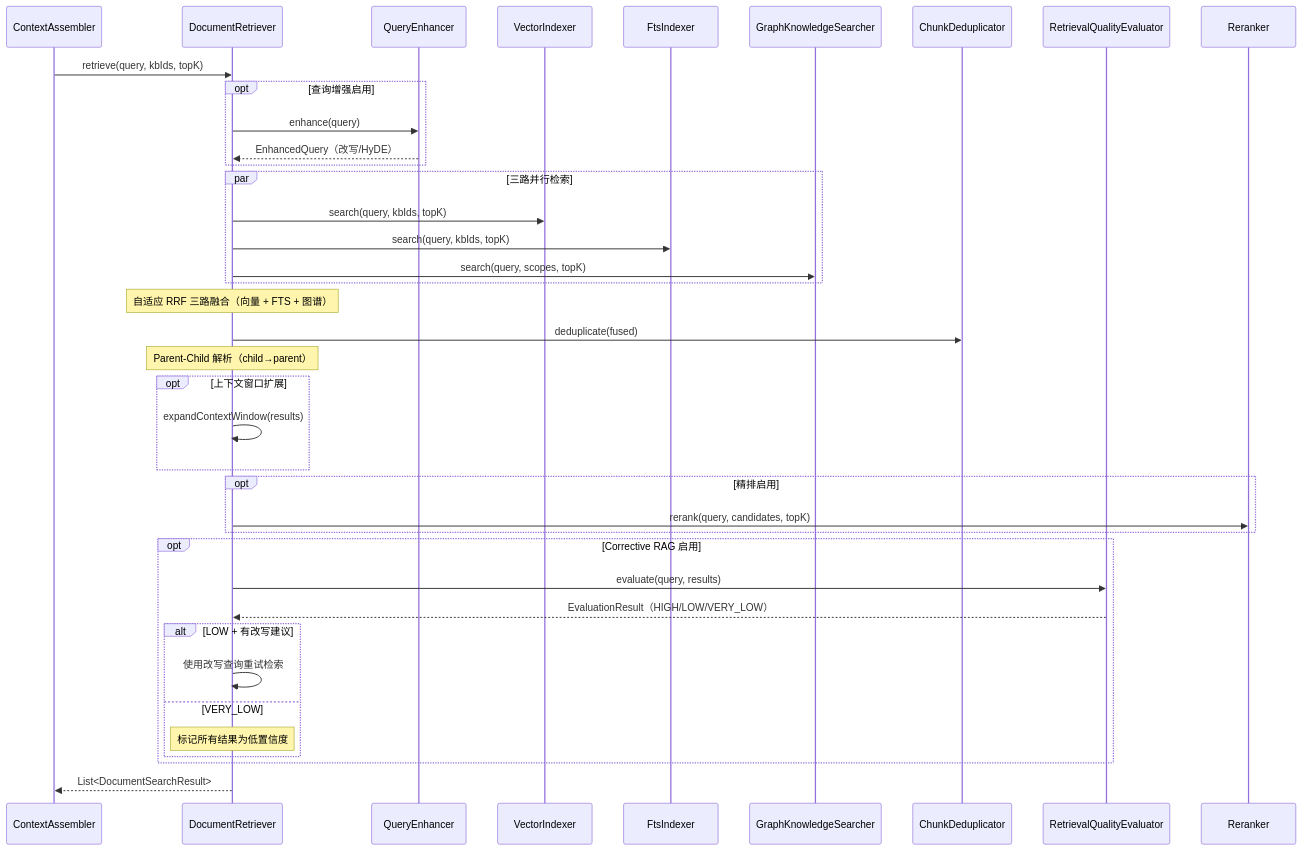
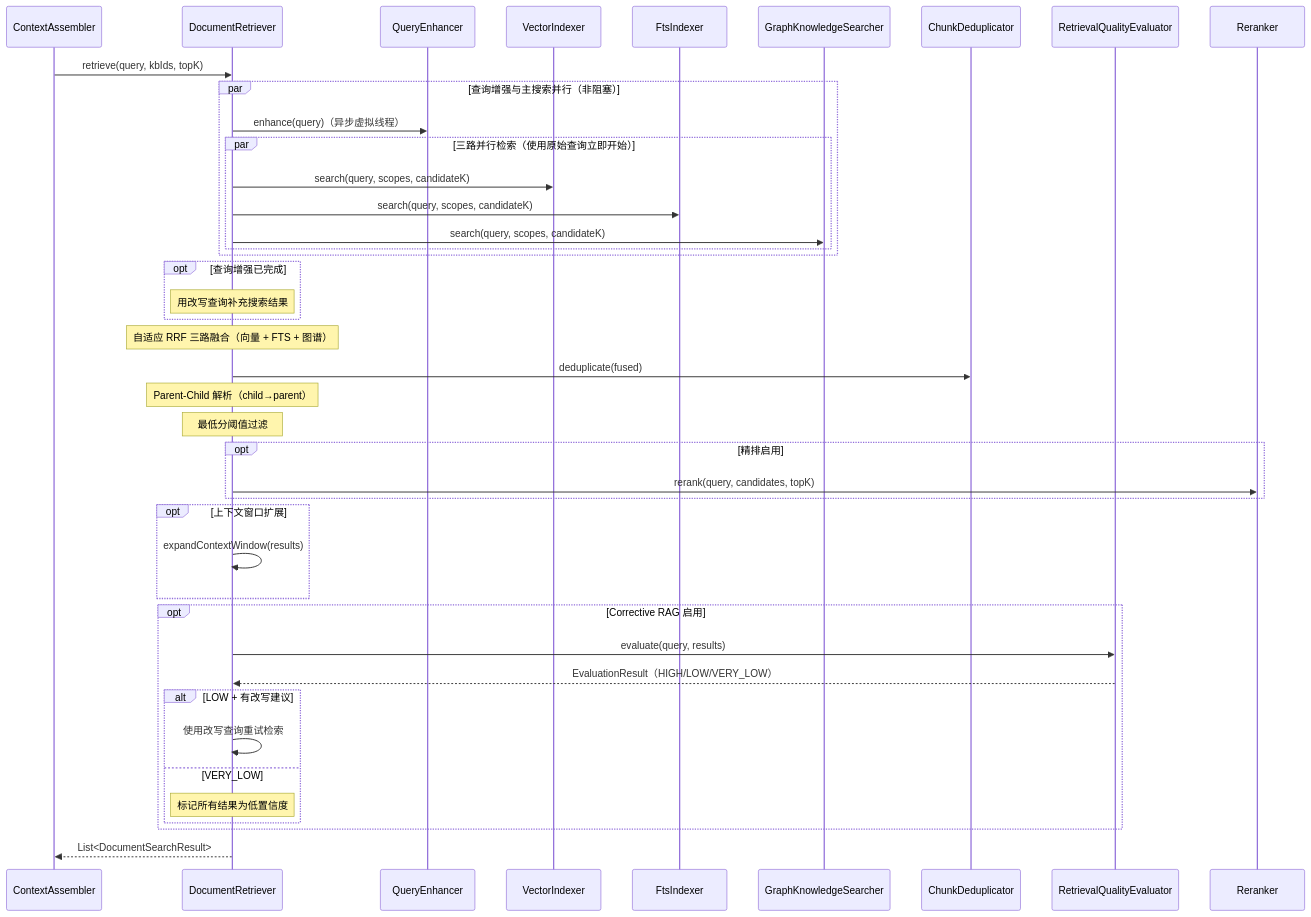
The third of 4 diagrams in docs/architecture/knowledge-base.md (ntygod/LifePilot), drawn with Mermaid before and after one commit. The commit also changed other lines of this file and 18 other files, not shown here.

````diff
--- a/docs/architecture/knowledge-base.md
+++ b/docs/architecture/knowledge-base.md
@@ -279,50 +314,53 @@
 ```mermaid
 sequenceDiagram
     participant CA as ContextAssembler
     participant DR as DocumentRetriever
     participant QE as QueryEnhancer
     participant VI as VectorIndexer
     participant FI as FtsIndexer
     participant GS as GraphKnowledgeSearcher
     participant CD as ChunkDeduplicator
     participant RQE as RetrievalQualityEvaluator
     participant RR as Reranker
 
     CA->>DR: retrieve(query, kbIds, topK)
 
-    opt 查询增强启用
-        DR->>QE: enhance(query)
-        QE-->>DR: EnhancedQuery（改写/HyDE）
+    par 查询增强与主搜索并行（非阻塞）
+        DR->>QE: enhance(query)（异步虚拟线程）
+        par 三路并行检索（使用原始查询立即开始）
+            DR->>VI: search(query, scopes, candidateK)
+            DR->>FI: search(query, scopes, candidateK)
+            DR->>GS: search(query, scopes, candidateK)
+        end
     end
 
-    par 三路并行检索
-        DR->>VI: search(query, kbIds, topK)
-        DR->>FI: search(query, kbIds, topK)
-        DR->>GS: search(query, scopes, topK)
+    opt 查询增强已完成
+        Note over DR: 用改写查询补充搜索结果
     end
 
     Note over DR: 自适应 RRF 三路融合（向量 + FTS + 图谱）
 
     DR->>CD: deduplicate(fused)
     Note over DR: Parent-Child 解析（child→parent）
+    Note over DR: 最低分阈值过滤
+
+    opt 精排启用
+        DR->>RR: rerank(query, candidates, topK)
+    end
 
     opt 上下文窗口扩展
         DR->>DR: expandContextWindow(results)
-    end
-
-    opt 精排启用
-        DR->>RR: rerank(query, candidates, topK)
     end
 
     opt Corrective RAG 启用
         DR->>RQE: evaluate(query, results)
         RQE-->>DR: EvaluationResult（HIGH/LOW/VERY_LOW）
         alt LOW + 有改写建议
             DR->>DR: 使用改写查询重试检索
         else VERY_LOW
             Note over DR: 标记所有结果为低置信度
         end
     end
 
     DR-->>CA: List<DocumentSearchResult>
 ```
````
